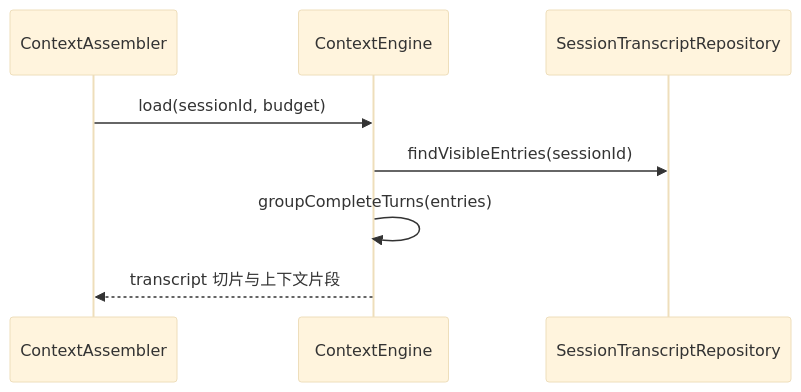
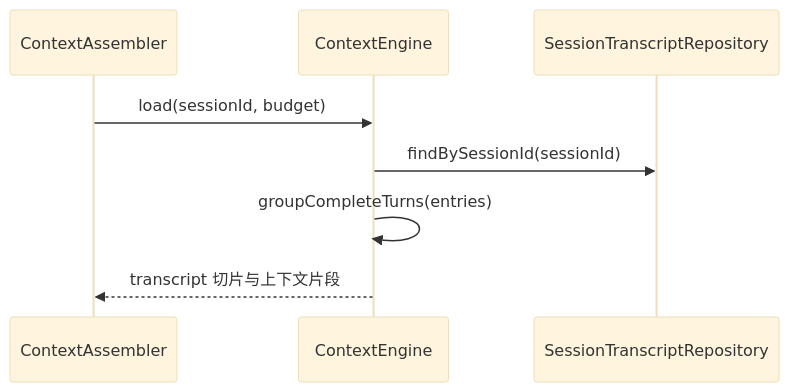
The second of 3 diagrams in docs/architecture/conversation.md (ntygod/LifePilot), drawn with Mermaid (base theme) before and after one commit. The commit also changed other lines of this file and 385 other files, not shown here.

````diff
--- a/docs/architecture/conversation.md
+++ b/docs/architecture/conversation.md
@@ -87,11 +104,11 @@
 ```mermaid
 sequenceDiagram
     participant CA as ContextAssembler
     participant CE as ContextEngine
     participant Repo as SessionTranscriptRepository
 
     CA->>CE: load(sessionId, budget)
-    CE->>Repo: findVisibleEntries(sessionId)
+    CE->>Repo: findBySessionId(sessionId)
     CE->>CE: groupCompleteTurns(entries)
     CE-->>CA: transcript 切片与上下文片段
 ```
````
